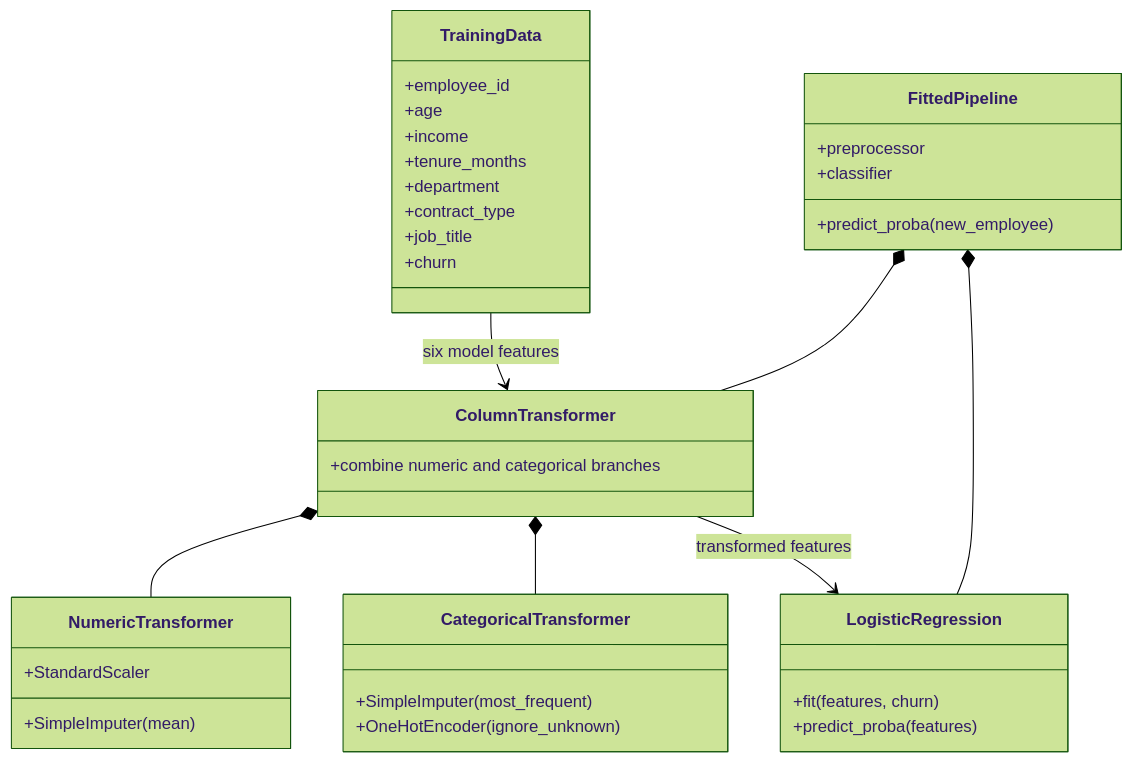
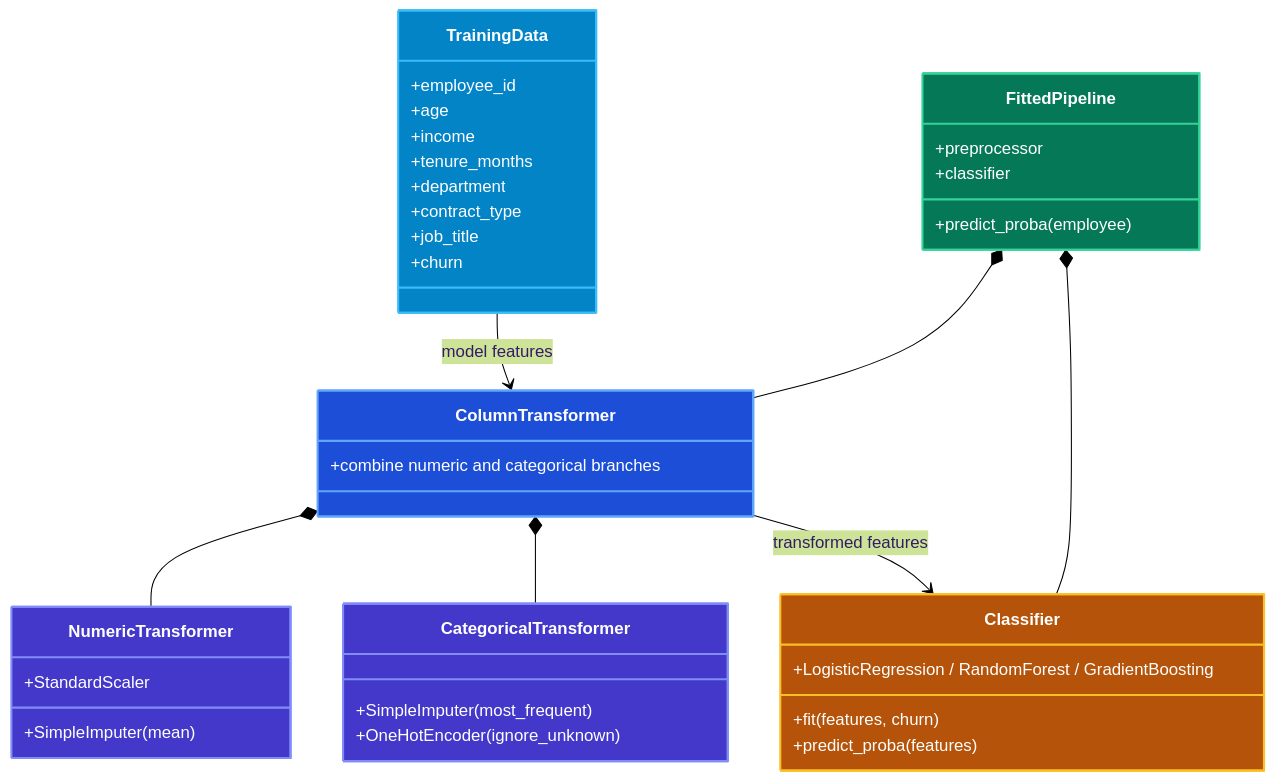
One commit to Shotza247/Employee_Full-Stack_Churn_ML changed the fifth of 7 diagrams in README.md. Above: the diagram before and after it, drawn with Mermaid (forest theme). The commit also changed other lines of this file and 1 other file, not shown here.

Commit message:
Updated implementation documentation and used IBM Bob to help with creating the architecture diagrams since it couples well with mermaid diagram creatio.

````diff
--- a/README.md
+++ b/README.md
@@ -222,39 +291,47 @@
 ```mermaid
 classDiagram
     class TrainingData {
         +employee_id
         +age
         +income
         +tenure_months
         +department
         +contract_type
         +job_title
         +churn
     }
     class NumericTransformer {
         +SimpleImputer(mean)
         +StandardScaler
     }
     class CategoricalTransformer {
         +SimpleImputer(most_frequent)
         +OneHotEncoder(ignore_unknown)
     }
     class ColumnTransformer {
         +combine numeric and categorical branches
     }
-    class LogisticRegression {
+    class Classifier {
+        +LogisticRegression / RandomForest / GradientBoosting
         +fit(features, churn)
         +predict_proba(features)
     }
     class FittedPipeline {
         +preprocessor
         +classifier
-        +predict_proba(new_employee)
+        +predict_proba(employee)
     }
-    TrainingData --> ColumnTransformer : six model features
+    TrainingData --> ColumnTransformer : model features
     ColumnTransformer *-- NumericTransformer
     ColumnTransformer *-- CategoricalTransformer
-    ColumnTransformer --> LogisticRegression : transformed features
+    ColumnTransformer --> Classifier : transformed features
     FittedPipeline *-- ColumnTransformer
-    FittedPipeline *-- LogisticRegression
+    FittedPipeline *-- Classifier
+
+    style TrainingData fill:#0284C7,stroke:#38BDF8,stroke-width:2px,color:#ffffff
+    style NumericTransformer fill:#4338CA,stroke:#818CF8,stroke-width:2px,color:#ffffff
+    style CategoricalTransformer fill:#4338CA,stroke:#818CF8,stroke-width:2px,color:#ffffff
+    style ColumnTransformer fill:#1D4ED8,stroke:#60A5FA,stroke-width:2px,color:#ffffff
+    style Classifier fill:#B45309,stroke:#FBBF24,stroke-width:2px,color:#ffffff
+    style FittedPipeline fill:#047857,stroke:#34D399,stroke-width:2px,color:#ffffff
 ```
````
